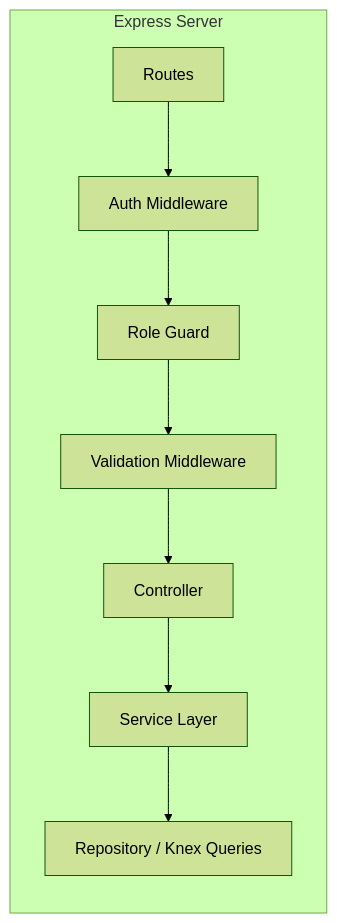
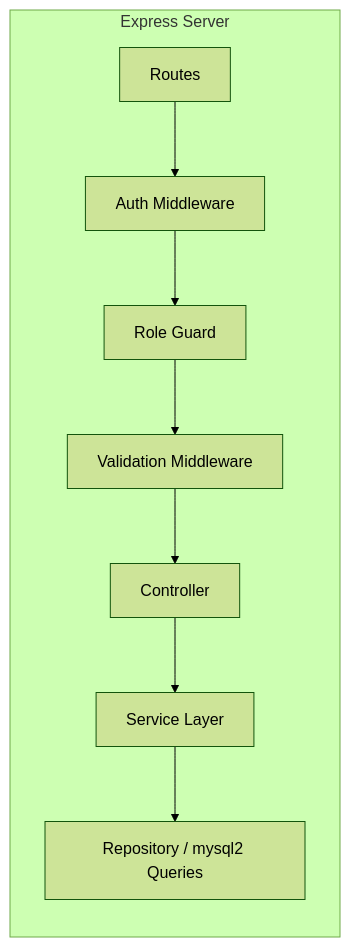
The third of 4 diagrams in .kiro/specs/mykek-cake-ordering-system/design.md (AvalonleFae/mykek), drawn with Mermaid (forest theme) before and after one commit. The commit also changed other lines of this file and 40 other files, not shown here.

````diff
--- a/.kiro/specs/mykek-cake-ordering-system/design.md
+++ b/.kiro/specs/mykek-cake-ordering-system/design.md
@@ -97,11 +97,11 @@
 ```mermaid
 graph LR
     subgraph "Express Server"
         A[Routes] --> B[Auth Middleware]
         B --> C[Role Guard]
         C --> D[Validation Middleware]
         D --> E[Controller]
         E --> F[Service Layer]
-        F --> G[Repository / Knex Queries]
+        F --> G[Repository / mysql2 Queries]
     end
 ```
````
